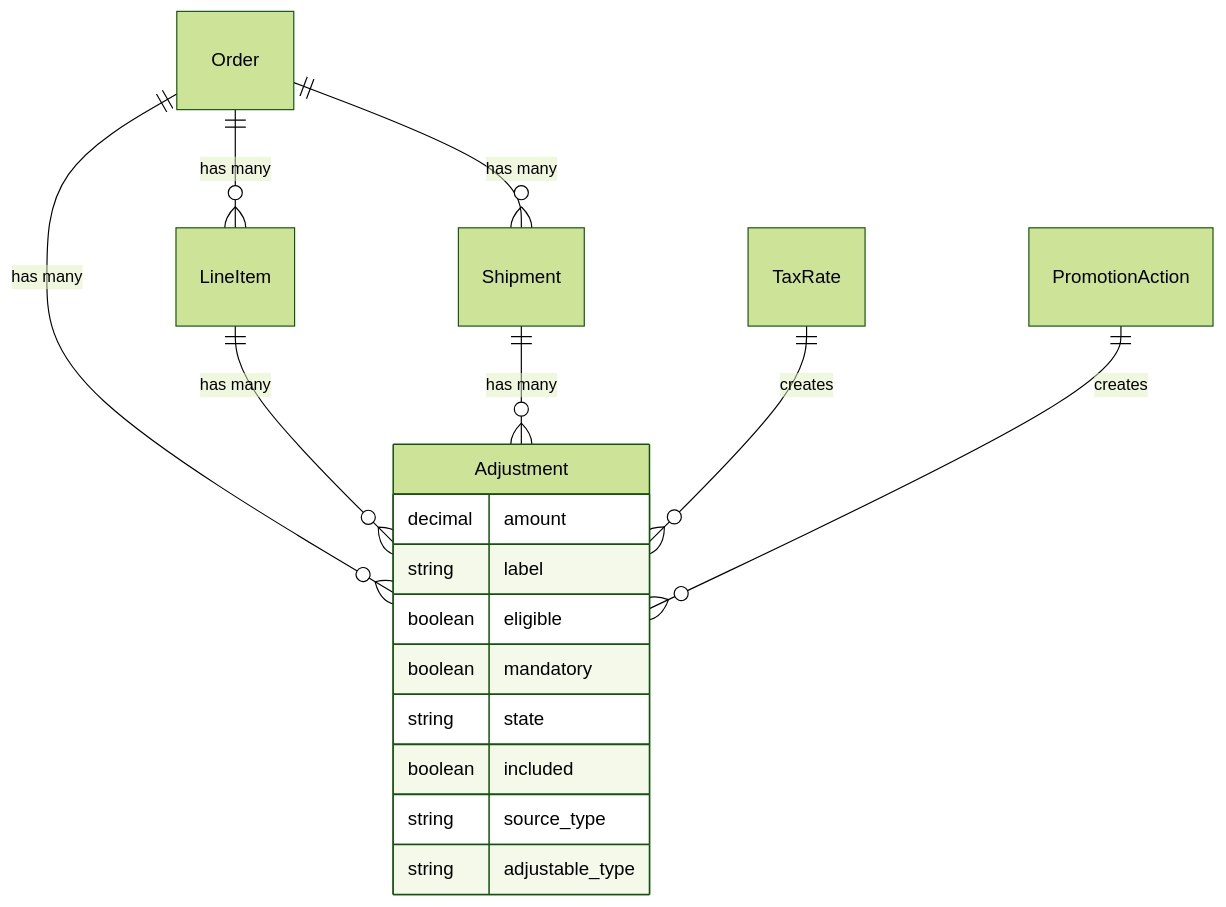
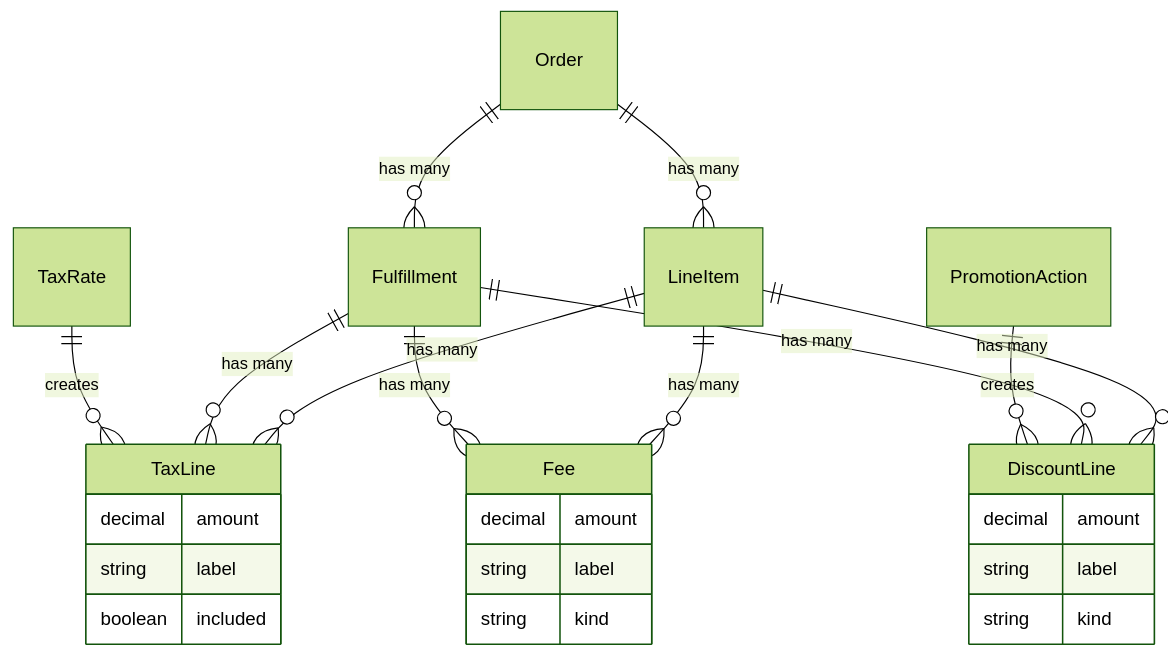
Before and after one commit to spree/spree: the diagram in docs/developer/core-concepts/adjustments.mdx, drawn with Mermaid (forest theme). The commit also changed other lines of this file and 54 other files, not shown here.

````diff
--- a/docs/developer/core-concepts/adjustments.mdx
+++ b/docs/developer/core-concepts/adjustments.mdx
@@ -10,21 +16,29 @@
 ```mermaid
 erDiagram
-    Adjustment {
+    TaxLine {
         decimal amount
         string label
-        boolean eligible
-        boolean mandatory
-        string state
         boolean included
-        string source_type
-        string adjustable_type
+    }
+    DiscountLine {
+        decimal amount
+        string label
+        string kind
+    }
+    Fee {
+        decimal amount
+        string label
+        string kind
     }
 
-    Order ||--o{ Adjustment : "has many"
     Order ||--o{ LineItem : "has many"
-    Order ||--o{ Shipment : "has many"
-    LineItem ||--o{ Adjustment : "has many"
-    Shipment ||--o{ Adjustment : "has many"
-    TaxRate ||--o{ Adjustment : "creates"
-    PromotionAction ||--o{ Adjustment : "creates"
+    Order ||--o{ Fulfillment : "has many"
+    LineItem ||--o{ TaxLine : "has many"
+    LineItem ||--o{ DiscountLine : "has many"
+    LineItem ||--o{ Fee : "has many"
+    Fulfillment ||--o{ TaxLine : "has many"
+    Fulfillment ||--o{ DiscountLine : "has many"
+    Fulfillment ||--o{ Fee : "has many"
+    TaxRate ||--o{ TaxLine : "creates"
+    PromotionAction ||--o{ DiscountLine : "creates"
 ```
````
